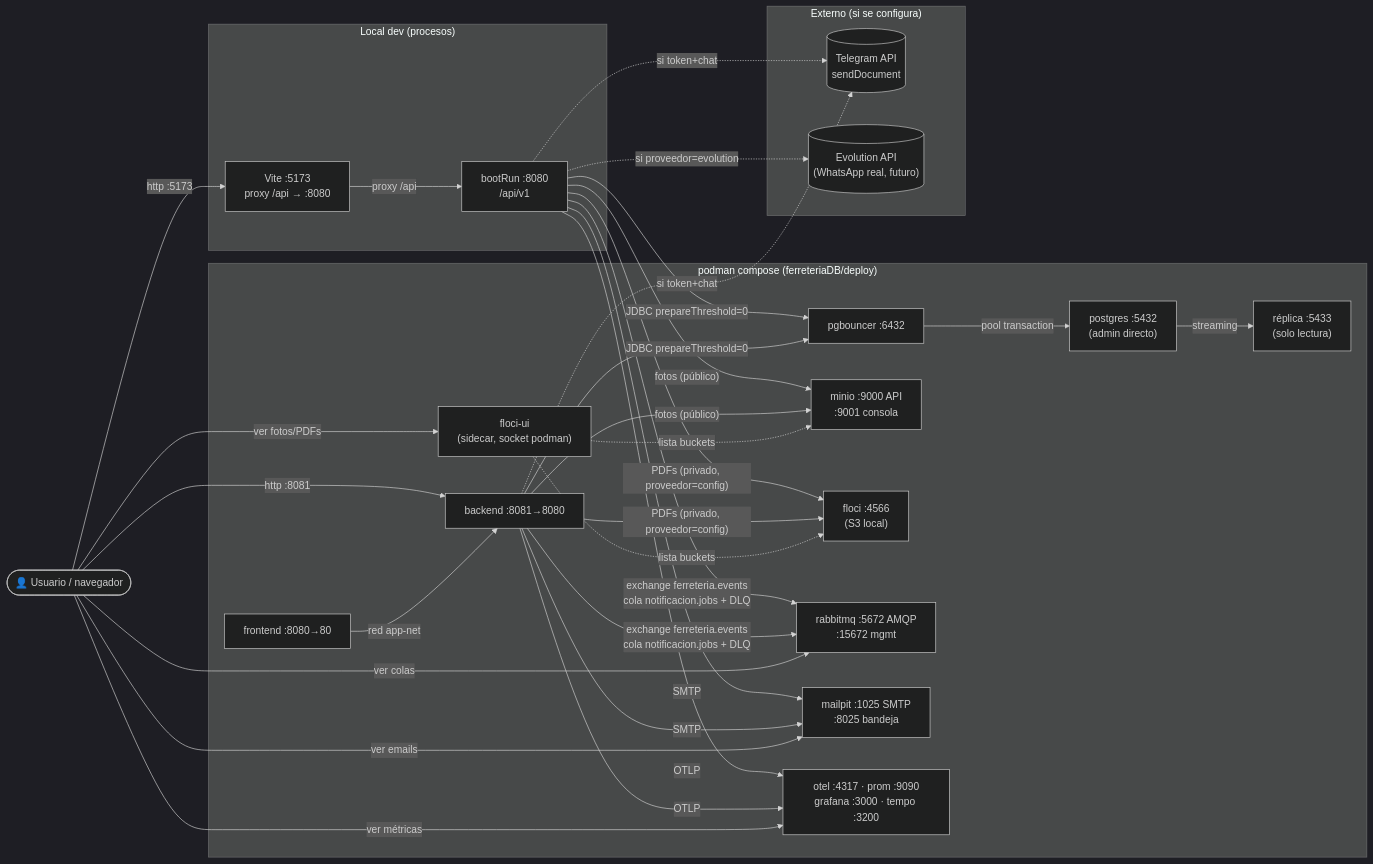
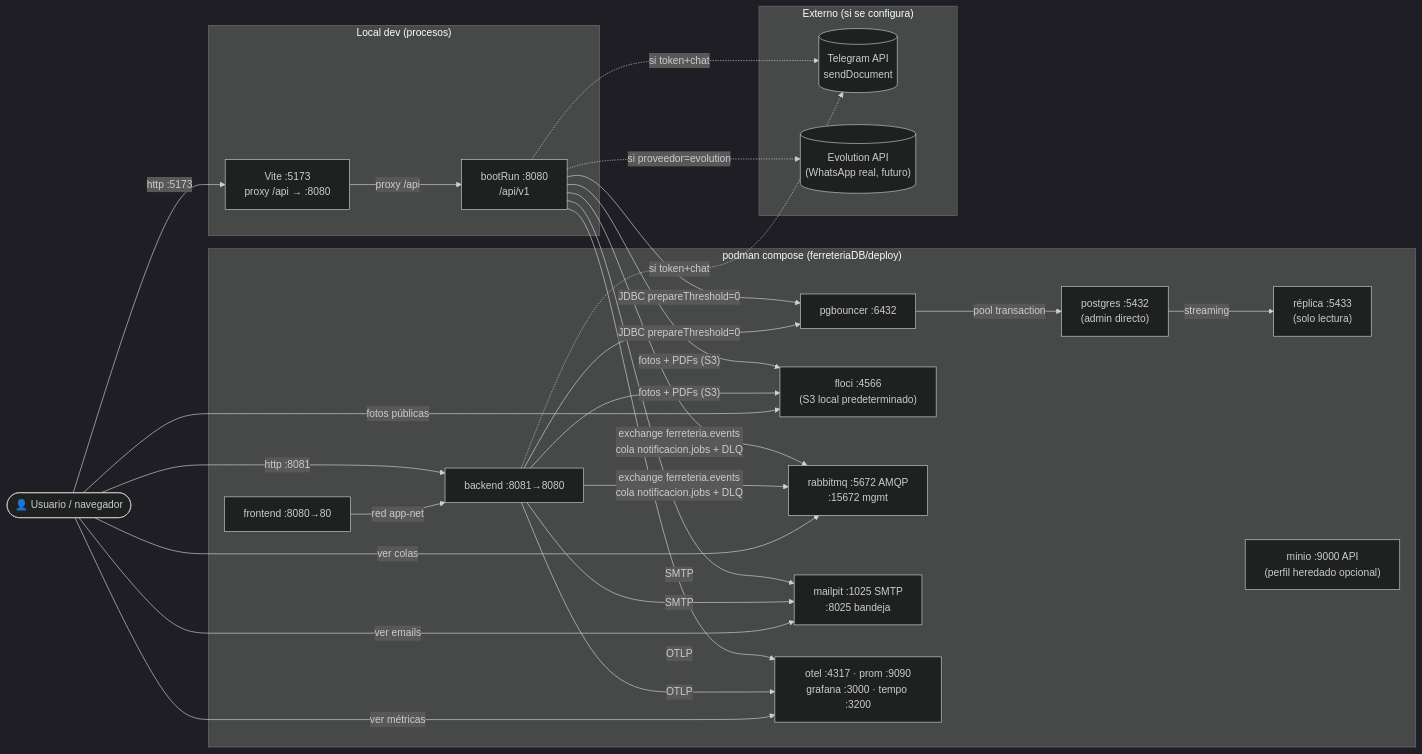
The diagram in README.md (Omar09G/FerreteriaApp), drawn with Mermaid (dark theme) before and after one commit. The commit also changed other lines of this file and 24 other files, not shown here.

````diff
--- a/README.md
+++ b/README.md
@@ -27,56 +27,51 @@
 ```mermaid
 flowchart LR
     U(["👤 Usuario / navegador"])
 
     subgraph DEV["Local dev (procesos)"]
         VITE["Vite :5173<br/>proxy /api → :8080"]
         BOOT["bootRun :8080<br/>/api/v1"]
     end
 
     subgraph COMPOSE["podman compose (ferreteriaDB/deploy)"]
         FE["frontend :8080→80"]
         BE["backend :8081→8080"]
         PGB["pgbouncer :6432"]
         PG["postgres :5432<br/>(admin directo)"]
         REPL["réplica :5433<br/>(solo lectura)"]
-        MINIO["minio :9000 API<br/>:9001 consola"]
-        FLOCI["floci :4566<br/>(S3 local)"]
-        FUI["floci-ui<br/>(sidecar, socket podman)"]
+        FLOCI["floci :4566<br/>(S3 local predeterminado)"]
+        MINIO["minio :9000 API<br/>(perfil heredado opcional)"]
         RAB["rabbitmq :5672 AMQP<br/>:15672 mgmt"]
         MP["mailpit :1025 SMTP<br/>:8025 bandeja"]
         OBS["otel :4317 · prom :9090<br/>grafana :3000 · tempo :3200"]
     end
 
     subgraph EXT["Externo (si se configura)"]
         TG[("Telegram API<br/>sendDocument")]
         EVO[("Evolution API<br/>(WhatsApp real, futuro)")]
     end
 
     U -->|"http :5173"| VITE
     U -->|"http :8081"| BE
     VITE -->|"proxy /api"| BOOT
     FE -->|" red app-net "| BE
     BOOT -->|"JDBC prepareThreshold=0"| PGB
     BE -->|"JDBC prepareThreshold=0"| PGB
     PGB -->|"pool transaction"| PG
     PG -->|"streaming"| REPL
-    BOOT -->|"fotos (público)"| MINIO
-    BE -->|"fotos (público)"| MINIO
-    BOOT -->|"PDFs (privado, proveedor=config)"| FLOCI
-    BE -->|"PDFs (privado, proveedor=config)"| FLOCI
-    FUI -.->|"lista buckets"| FLOCI
-    FUI -.->|"lista buckets"| MINIO
+    BOOT -->|"fotos + PDFs (S3)"| FLOCI
+    BE -->|"fotos + PDFs (S3)"| FLOCI
     BOOT -->|"exchange ferreteria.events<br/>cola notificacion.jobs + DLQ"| RAB
     BE -->|"exchange ferreteria.events<br/>cola notificacion.jobs + DLQ"| RAB
     BOOT -->|"SMTP"| MP
     BE -->|"SMTP"| MP
     BOOT -->|"OTLP"| OBS
     BE -->|"OTLP"| OBS
     BOOT -.->|"si token+chat"| TG
     BE -.->|"si token+chat"| TG
     BOOT -.->|"si proveedor=evolution"| EVO
     U -->|"ver emails"| MP
     U -->|"ver colas"| RAB
-    U -->|"ver fotos/PDFs"| FUI
+    U -->|"fotos públicas"| FLOCI
     U -->|"ver métricas"| OBS
 ```
````
